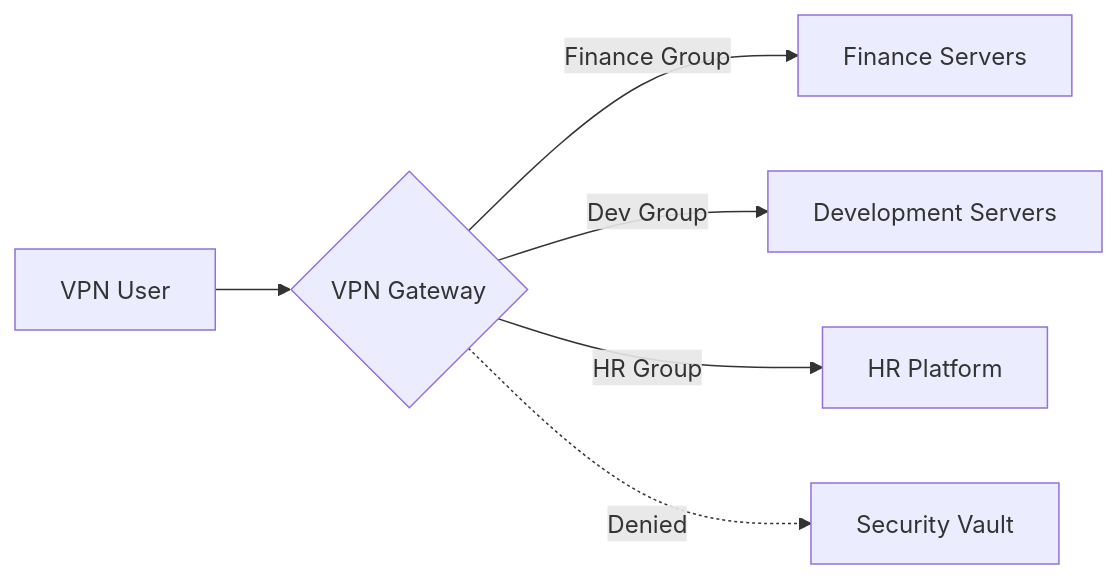
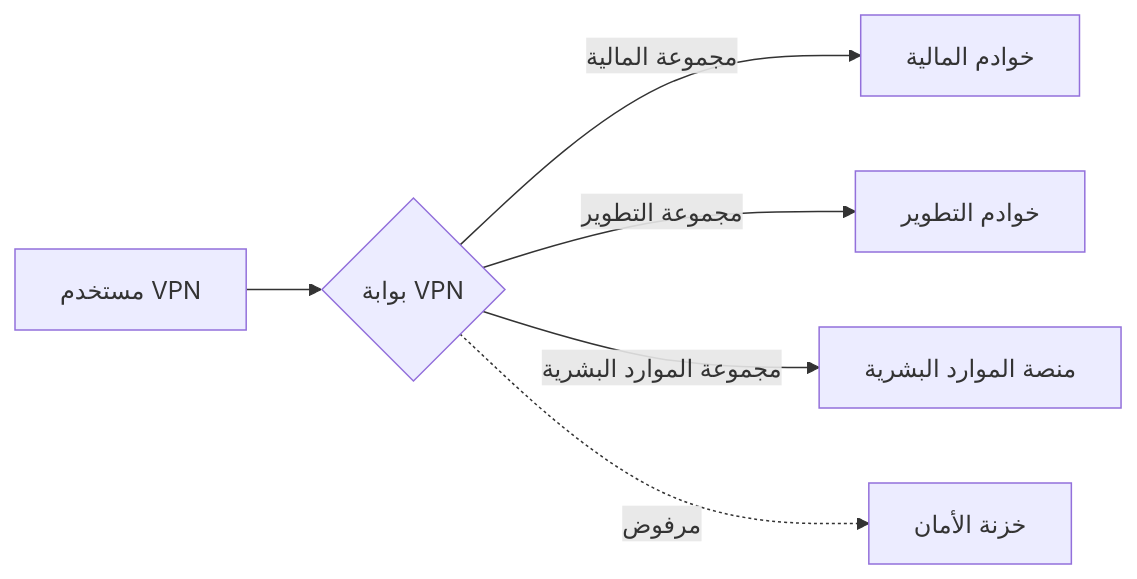
The diagram in src/content/translate/ar/VPN-info.md (ibra-kdbra/banije), drawn with Mermaid before and after one commit. The commit also changed 33 other files, not shown here.

````diff
--- a/src/content/translate/ar/VPN-info.md
+++ b/src/content/translate/ar/VPN-info.md
@@ -230,8 +230,8 @@
 ```mermaid
 graph LR
-  User[VPN User] --> Gateway{VPN Gateway}
-  Gateway --> |Finance Group| FinSrv[Finance Servers]
-  Gateway --> |Dev Group| DevSrv[Development Servers]
-  Gateway --> |HR Group| HRSrv[HR Platform]
-  Gateway -.-> |Denied| SecVault[Security Vault]
+  User[مستخدم VPN] --> Gateway{بوابة VPN}
+  Gateway --> |مجموعة المالية| FinSrv[خوادم المالية]
+  Gateway --> |مجموعة التطوير| DevSrv[خوادم التطوير]
+  Gateway --> |مجموعة الموارد البشرية| HRSrv[منصة الموارد البشرية]
+  Gateway -.-> |مرفوض| SecVault[خزنة الأمان]
 ```
````
